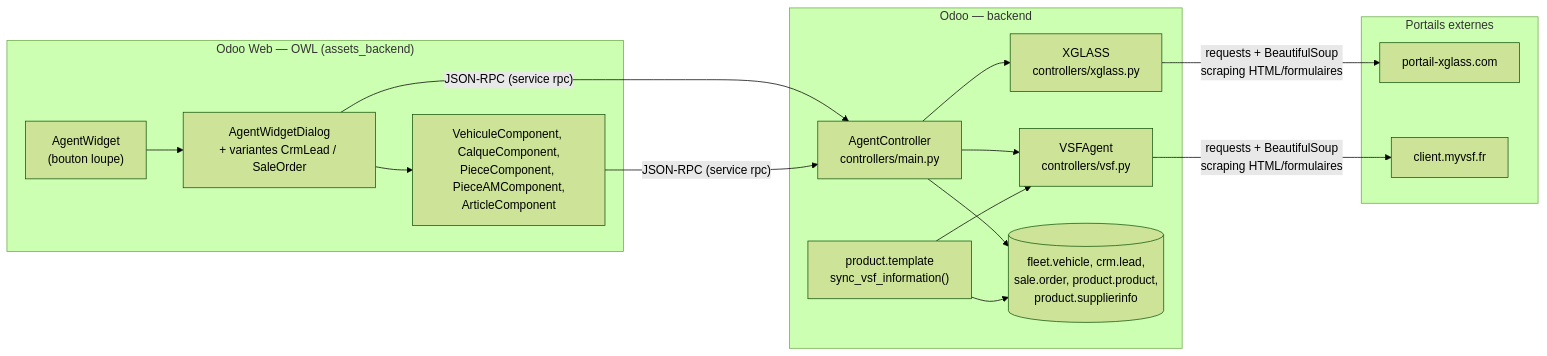
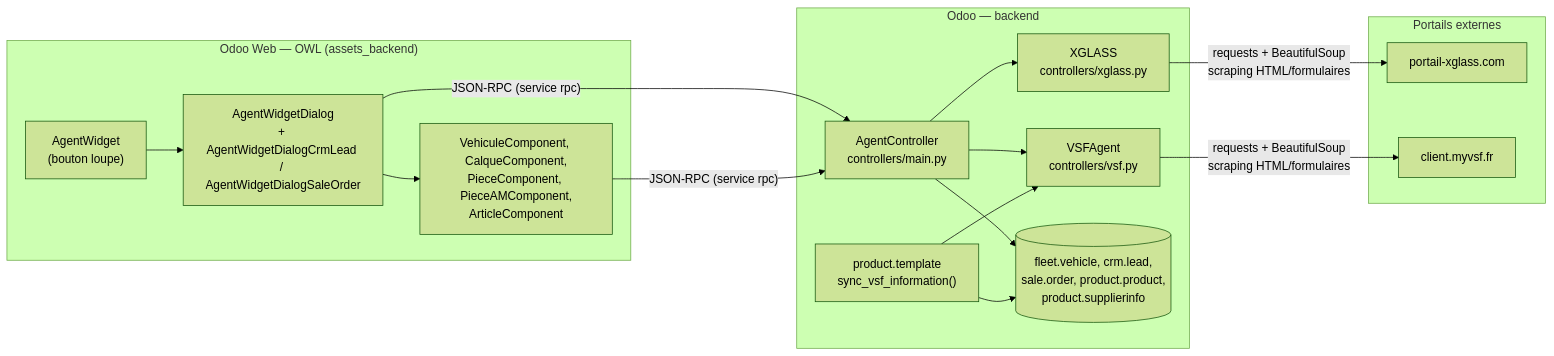
The first of 3 diagrams in rpbm_agent/docs/technique/architecture.md (rpbmSdk/rpbm), drawn with Mermaid (forest theme) before and after one commit. The commit also changed other lines of this file and 13 other files, not shown here.

````diff
--- a/rpbm_agent/docs/technique/architecture.md
+++ b/rpbm_agent/docs/technique/architecture.md
@@ -12,30 +12,30 @@
 ```mermaid
 flowchart LR
     subgraph Odoo["Odoo — backend"]
         Controller["AgentController<br/>controllers/main.py"]
         VSFAgent["VSFAgent<br/>controllers/vsf.py"]
         XGlassAgent["XGLASS<br/>controllers/xglass.py"]
         Controller --> VSFAgent
         Controller --> XGlassAgent
         Controller --> Models[("fleet.vehicle, crm.lead,<br/>sale.order, product.product,<br/>product.supplierinfo")]
         ProductSync["product.template<br/>sync_vsf_information()"] --> VSFAgent
         ProductSync --> Models
     end
 
     subgraph Frontend["Odoo Web — OWL (assets_backend)"]
         Widget["AgentWidget<br/>(bouton loupe)"]
-        Dialog["AgentWidgetDialog<br/>+ variantes CrmLead / SaleOrder"]
+        Dialog["AgentWidgetDialog<br/>+ AgentWidgetDialogCrmLead / AgentWidgetDialogSaleOrder"]
         Components["VehiculeComponent, CalqueComponent,<br/>PieceComponent, PieceAMComponent,<br/>ArticleComponent"]
         Widget --> Dialog --> Components
     end
 
     subgraph Externe["Portails externes"]
         XGlassPortal["portail-xglass.com"]
         VSFPortal["client.myvsf.fr"]
     end
 
     Dialog -- "JSON-RPC (service rpc)" --> Controller
     Components -- "JSON-RPC (service rpc)" --> Controller
     XGlassAgent -- "requests + BeautifulSoup<br/>scraping HTML/formulaires" --> XGlassPortal
     VSFAgent -- "requests + BeautifulSoup<br/>scraping HTML/formulaires" --> VSFPortal
 ```
````
